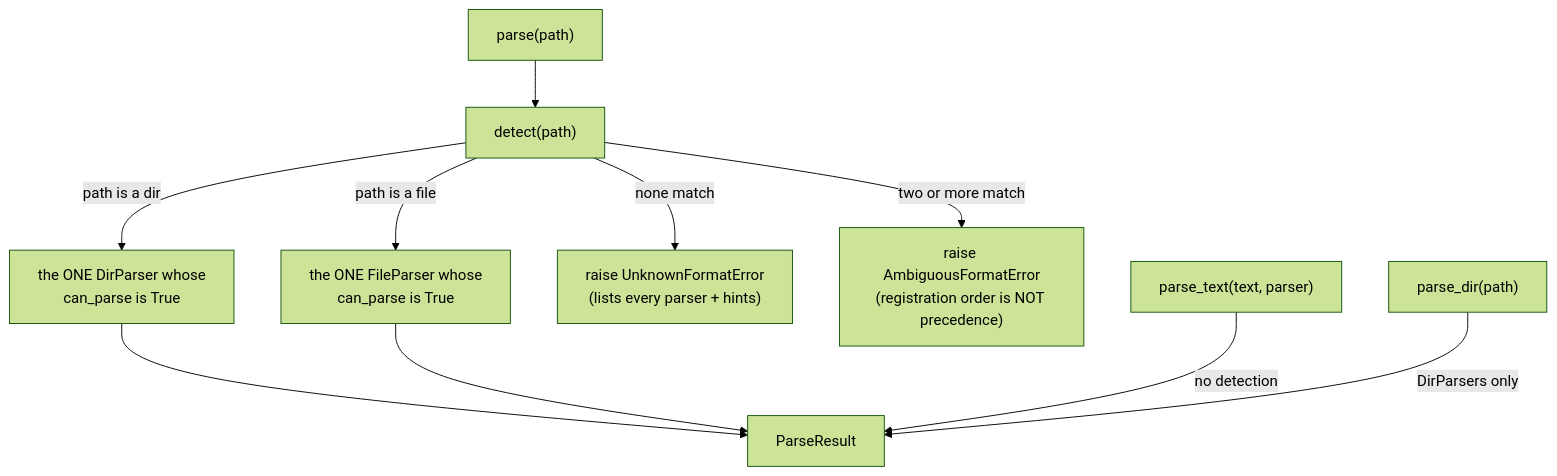
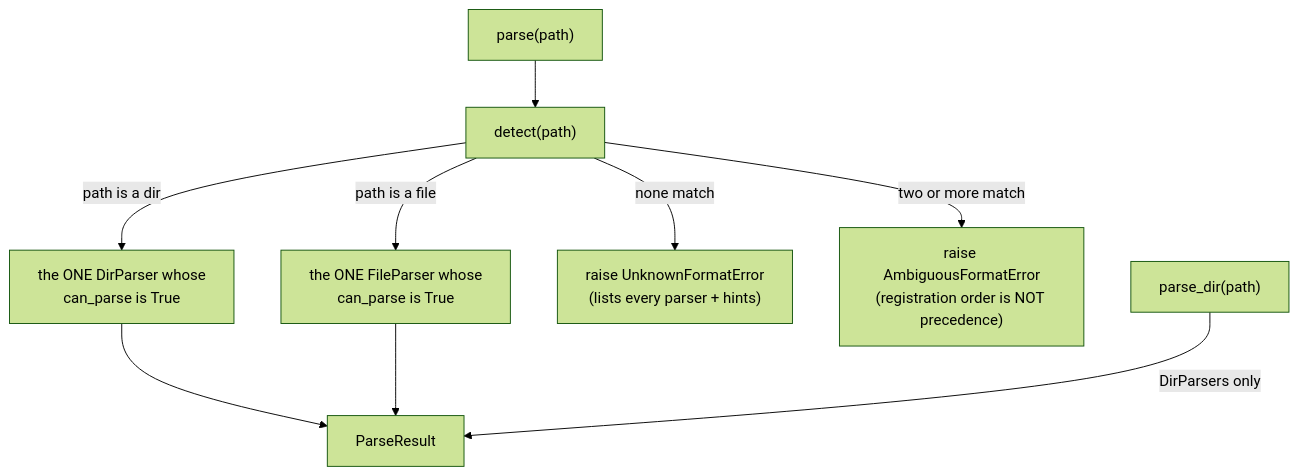
The second of 2 diagrams in docs/model/parse.md (Qing-LAB/molbuilder), drawn with Mermaid (forest theme) before and after one commit. The commit also changed other lines of this file and 22 other files, not shown here.

First line of the commit message:
refactor(parse)!: three ABCs become two -- the TextParser tier is deleted

````diff
--- a/docs/model/parse.md
+++ b/docs/model/parse.md
@@ -278,12 +280,11 @@
 ```mermaid
 flowchart TD
     P["parse(path)"] --> D["detect(path)"]
     D -->|"path is a dir"| DP["the ONE DirParser whose<br/>can_parse is True"]
     D -->|"path is a file"| FP["the ONE FileParser whose<br/>can_parse is True"]
     D -->|"none match"| ERR["raise UnknownFormatError<br/>(lists every parser + hints)"]
     D -->|"two or more match"| AMB["raise AmbiguousFormatError<br/>(registration order is NOT precedence)"]
     DP --> R["ParseResult"]
     FP --> R
-    PT["parse_text(text, parser)"] -->|"no detection"| R
     PD["parse_dir(path)"] -->|"DirParsers only"| R
 ```
````
